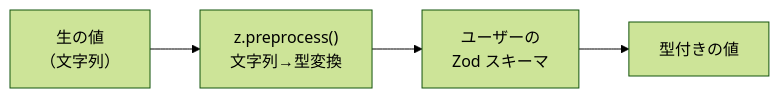
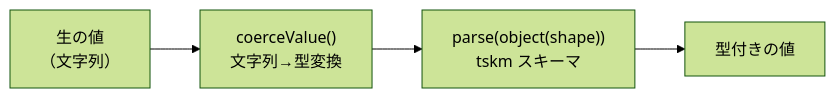
The fifth of 6 diagrams in docs/architecture.md (miyaoka/fsss), drawn with Mermaid (forest theme) before and after one commit. The commit also changed other lines of this file and 31 other files, not shown here.

First line of the commit message:
refactor(schema): replace zod with @tskm/core for arg validation

````diff
--- a/docs/architecture.md
+++ b/docs/architecture.md
@@ -192,9 +192,9 @@
 ```mermaid
 flowchart LR
   raw["生の値<br/>（文字列）"]
-  preprocess["z.preprocess()<br/>文字列→型変換"]
-  schema["ユーザーの<br/>Zod スキーマ"]
+  coerce["coerceValue()<br/>文字列→型変換"]
+  schema["parse(object(shape))<br/>tskm スキーマ"]
   result["型付きの値"]
 
-  raw --> preprocess --> schema --> result
+  raw --> coerce --> schema --> result
 ```
````
